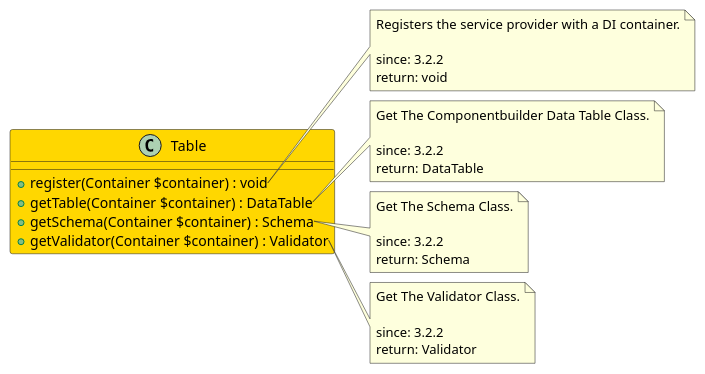
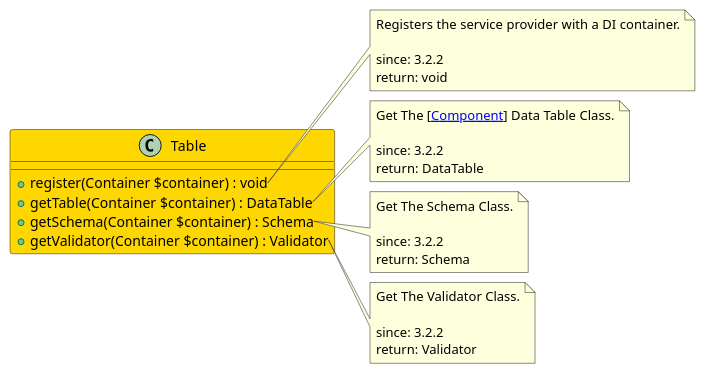
The diagram in src/19b2ba92-1655-4384-acfb-979c80de8b6d/README.md (joomengine/super-powers), drawn with PlantUML before and after one commit. The commit also changed other lines of this file, not shown here.

Commit message:
Update VDM.Service.Table readme file

````diff
--- a/src/19b2ba92-1655-4384-acfb-979c80de8b6d/README.md
+++ b/src/19b2ba92-1655-4384-acfb-979c80de8b6d/README.md
@@ -5,40 +5,40 @@
 ```uml
 @startuml
 
 class Table  #Gold {
   + register(Container $container) : void
   + getTable(Container $container) : DataTable
   + getSchema(Container $container) : Schema
   + getValidator(Container $container) : Validator
 }
 
 note right of Table::register
   Registers the service provider with a DI container.
 
   since: 3.2.2
   return: void
 end note
 
 note right of Table::getTable
-  Get The Componentbuilder Data Table Class.
+  Get The [[[Component]]] Data Table Class.
 
   since: 3.2.2
   return: DataTable
 end note
 
 note right of Table::getSchema
   Get The Schema Class.
 
   since: 3.2.2
   return: Schema
 end note
 
 note right of Table::getValidator
   Get The Validator Class.
 
   since: 3.2.2
   return: Validator
 end note
 
 @enduml
 ```
````
